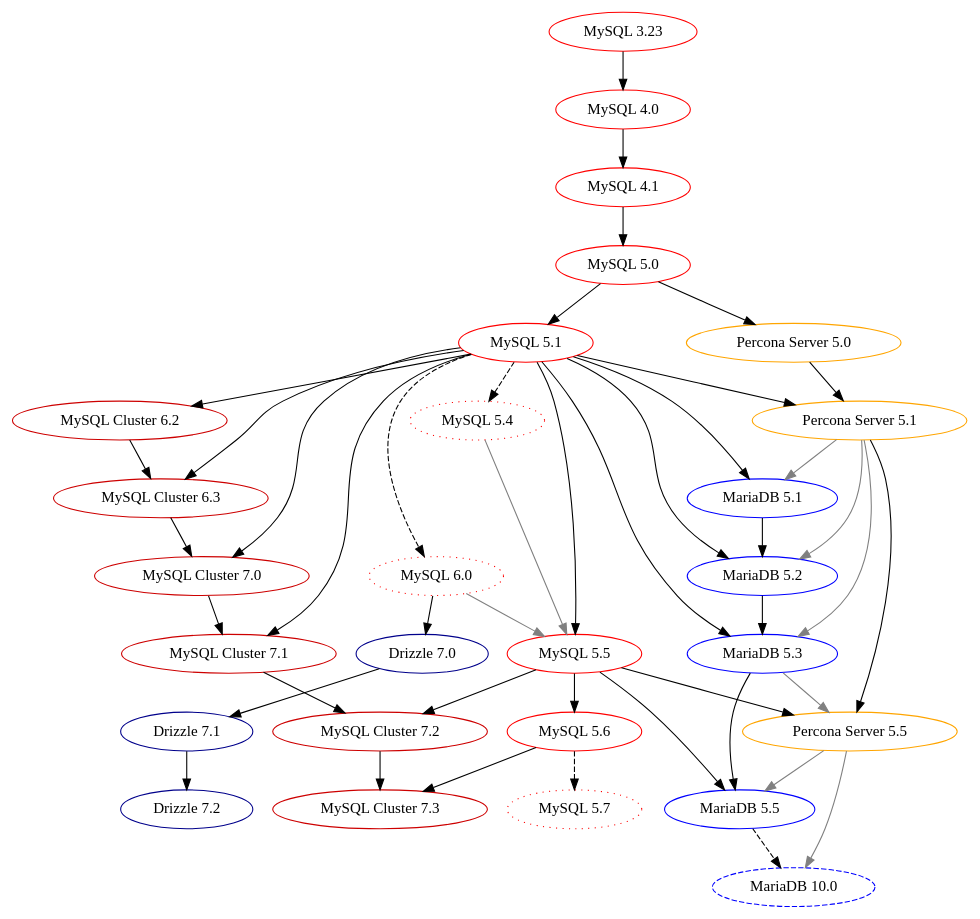
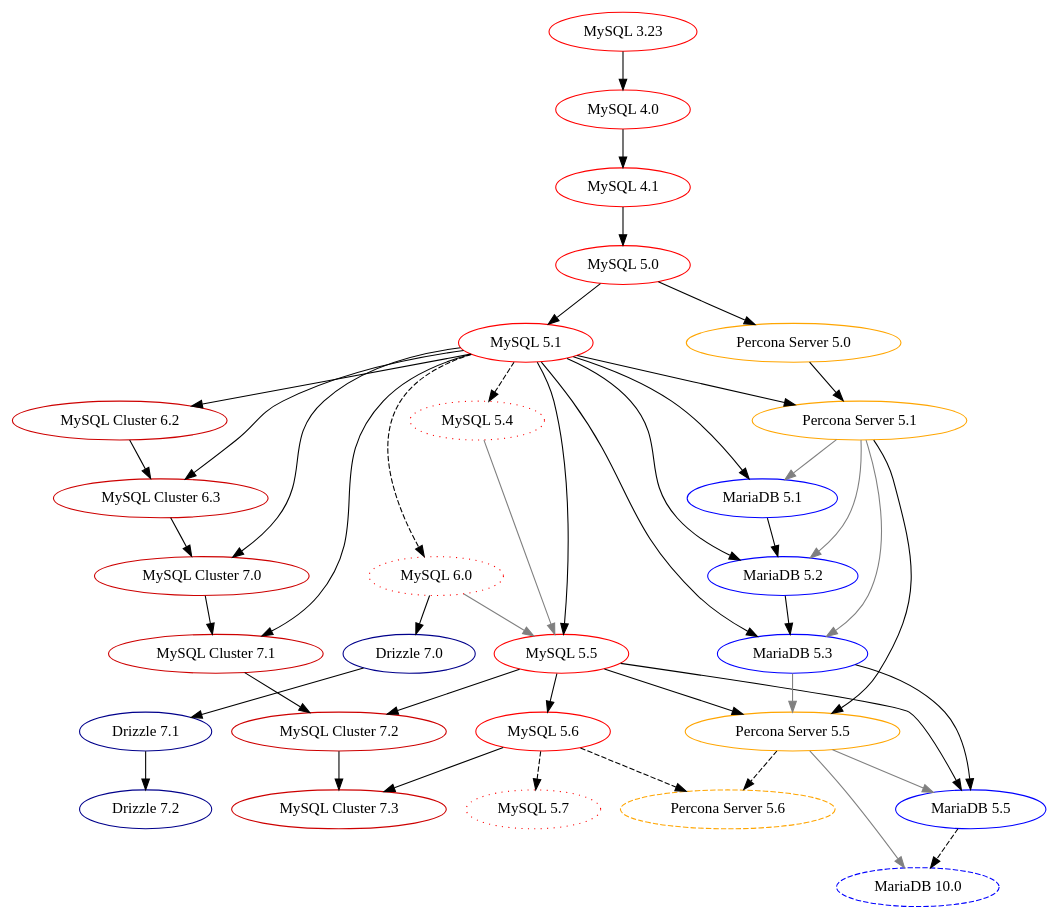
One commit to dveeden/mysql-history-graph changed the diagram in mysql-history-graph.dot. Above: the diagram before and after it, drawn with Graphviz. The commit also changed 2 other files, not shown here.

Commit message:
Add Percona Server 5.6 RC

```diff
--- a/mysql-history-graph.dot
+++ b/mysql-history-graph.dot
@@ -1,94 +1,97 @@
 digraph mysql_history_graph {
 	/* Standards:
 	   Non-GA: 		dotted
 	   Abandoned: 		dotted 
 	   Oracle MySQL: 	red
 	   MySQL Cluster: 	red3
 	   MariaDB: 		blue
 	   Drizzle: 		blue4
 	   Percona Server: 	orange
 	*/
 
 	/* MySQL/Sun/Oracle MySQL GA */
 	"MySQL 3.23" [color="red"];
 	"MySQL 4.0" [color="red"];
 	"MySQL 4.1" [color="red"];
 	"MySQL 5.0" [color="red"];
 	"MySQL 5.1" [color="red"];
 	"MySQL 5.5" [color="red"];
 	"MySQL 5.6" [color="red"];
 	"MySQL 3.23" -> "MySQL 4.0";
 	"MySQL 4.0" -> "MySQL 4.1";
 	"MySQL 4.1" -> "MySQL 5.0";
 	"MySQL 5.0" -> "MySQL 5.1";
 	"MySQL 5.1" -> "MySQL 5.5";
 	"MySQL 5.5" -> "MySQL 5.6";
 	"MySQL 5.4" -> "MySQL 5.5" [color="grey"]; // InnoDB Scalability
 	"MySQL 6.0" -> "MySQL 5.5" [color="grey"]; // Optimizer improvements
 
 	/* MySQL/Sun/Oracle non-GA */	
 	"MySQL 5.4" [color="red",style="dotted"];
 	"MySQL 5.7" [color="red",style="dotted"];
 	"MySQL 6.0" [color="red",style="dotted"];
 	"MySQL 5.1" -> "MySQL 5.4" [style="dashed"];
 	"MySQL 5.1" -> "MySQL 6.0" [style="dashed"];
 	"MySQL 5.6" -> "MySQL 5.7" [style="dashed"];
 
 	/* MySQL Cluster (NDB) */
 	"MySQL Cluster 6.2" [color="red3"]
 	"MySQL Cluster 6.3" [color="red3"]
 	"MySQL Cluster 7.0" [color="red3"]
 	"MySQL Cluster 7.1" [color="red3"]
 	"MySQL Cluster 7.2" [color="red3"]
 	"MySQL Cluster 7.3"  [color="red3"]
 	"MySQL 5.1" -> "MySQL Cluster 6.2";
 	"MySQL 5.1" -> "MySQL Cluster 6.3";
 	"MySQL Cluster 6.2" -> "MySQL Cluster 6.3";
 	"MySQL 5.1" -> "MySQL Cluster 7.0";
 	"MySQL Cluster 6.3" -> "MySQL Cluster 7.0";
 	"MySQL 5.1" -> "MySQL Cluster 7.1";
 	"MySQL Cluster 7.0" -> "MySQL Cluster 7.1";
 	"MySQL 5.5" -> "MySQL Cluster 7.2";
 	"MySQL Cluster 7.1" -> "MySQL Cluster 7.2";
 	"MySQL 5.6" -> "MySQL Cluster 7.3";
 	"MySQL Cluster 7.2" -> "MySQL Cluster 7.3";
 
 	/* MariaDB */
 	"MariaDB 5.1" [color="blue"];
 	"MariaDB 5.2" [color="blue"];
 	"MariaDB 5.3" [color="blue"];
 	"MariaDB 5.5" [color="blue"];
 	"MariaDB 10.0" [color="blue", style="dashed"];
 	"MySQL 5.1" -> "MariaDB 5.1";
 	"Percona Server 5.1" -> "MariaDB 5.1" [color="grey"]; // XtraDB
 	"MySQL 5.1" -> "MariaDB 5.2";
 	"MariaDB 5.1" -> "MariaDB 5.2";
 	"Percona Server 5.1" -> "MariaDB 5.2" [color="grey"]; // XtraDB
 	"MySQL 5.1" -> "MariaDB 5.3";
 	"MariaDB 5.2" -> "MariaDB 5.3";
 	"Percona Server 5.1" -> "MariaDB 5.3" [color="grey"]; // XtraDB
 	"MySQL 5.5" -> "MariaDB 5.5";
 	"MariaDB 5.3" -> "MariaDB 5.5";
 	"Percona Server 5.5" -> "MariaDB 5.5" [color="grey"]; // XtraDB
 	"MariaDB 5.5" -> "MariaDB 10.0" [style="dashed"];
 	"Percona Server 5.5" -> "MariaDB 10.0" [color="grey"]; // XtraDB
 
 	/* Percona Server */
 	"Percona Server 5.0" [color="orange"];
 	"Percona Server 5.1" [color="orange"];
 	"Percona Server 5.5" [color="orange"];
+	"Percona Server 5.6" [color="orange", style="dashed"];
 	"MySQL 5.0" -> "Percona Server 5.0";
 	"MySQL 5.1" -> "Percona Server 5.1";
 	"Percona Server 5.0" -> "Percona Server 5.1";
 	"MySQL 5.5" -> "Percona Server 5.5";
 	"Percona Server 5.1" -> "Percona Server 5.5";
 	"MariaDB 5.3" -> "Percona Server 5.5" [color="grey"]; // group commit
+	"MySQL 5.6" -> "Percona Server 5.6" [style="dashed"];
+	"Percona Server 5.5" -> "Percona Server 5.6" [style="dashed"];
 
 	/* Drizzle */
 	"Drizzle 7.0" [color="blue4"];
 	"Drizzle 7.1" [color="blue4"];
 	"Drizzle 7.2" [color="blue4"];
 	"MySQL 6.0" -> "Drizzle 7.0"	
 	"Drizzle 7.0" -> "Drizzle 7.1"	
 	"Drizzle 7.1" -> "Drizzle 7.2"	
 }
```
